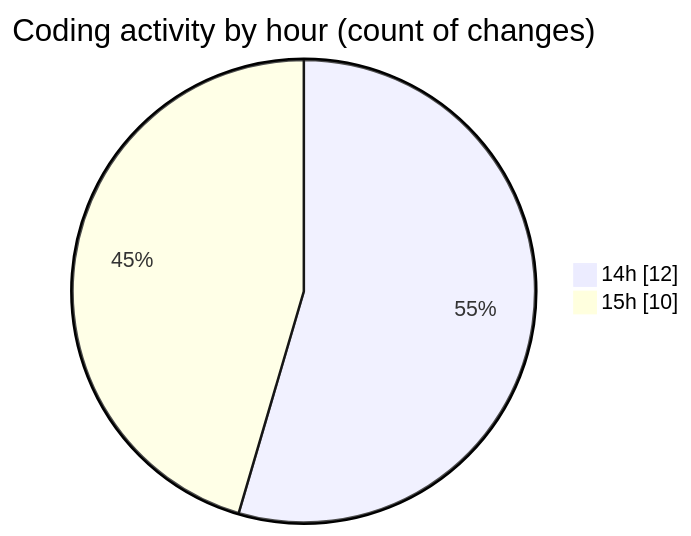
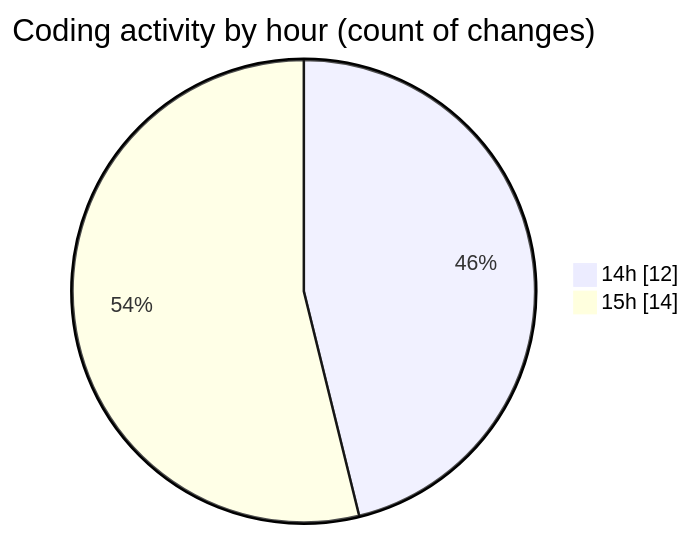
Before and after one commit to lephambinh05/code-tracking: the second of 2 diagrams in 2025-08-10/rentotp/README.md, drawn with Mermaid. The commit also changed other lines of this file and 1 other file, not shown here.

````diff
--- a/2025-08-10/rentotp/README.md
+++ b/2025-08-10/rentotp/README.md
@@ -33,6 +33,6 @@
 ```mermaid
 pie showData
 title Coding activity by hour (count of changes)
 "14h" : 12
-"15h" : 10
+"15h" : 14
 ```
````
